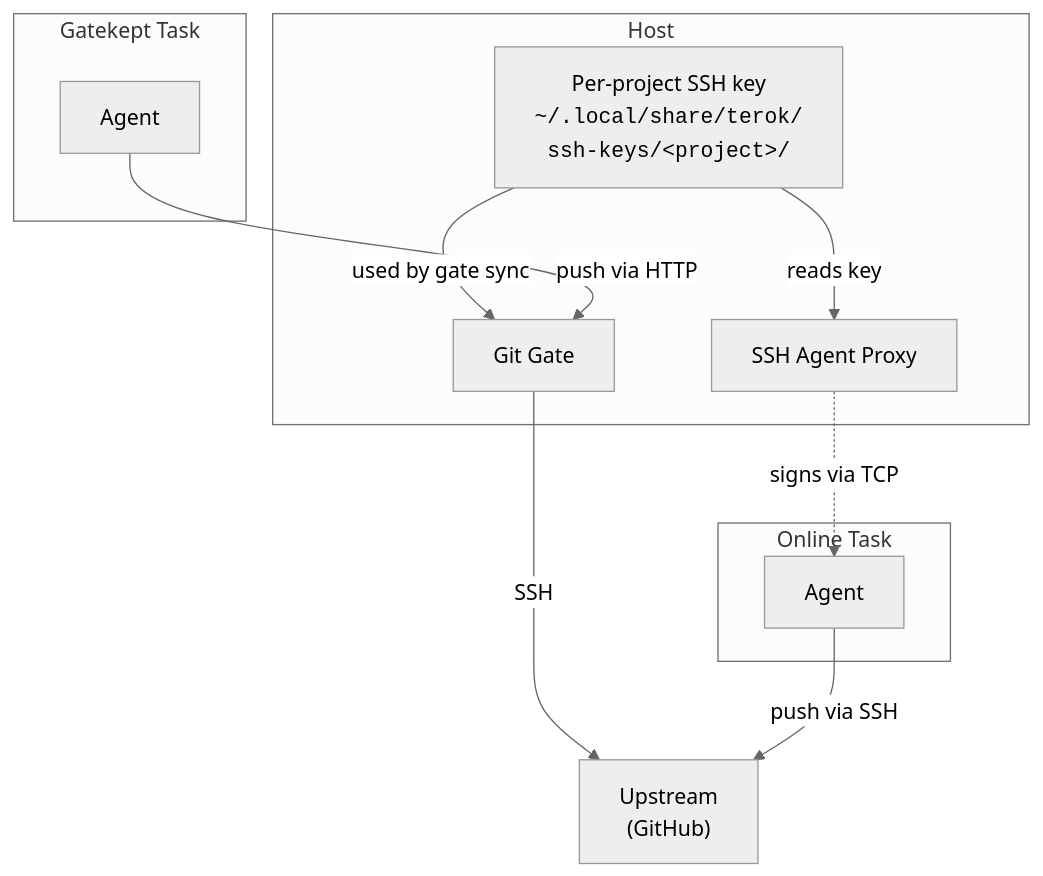
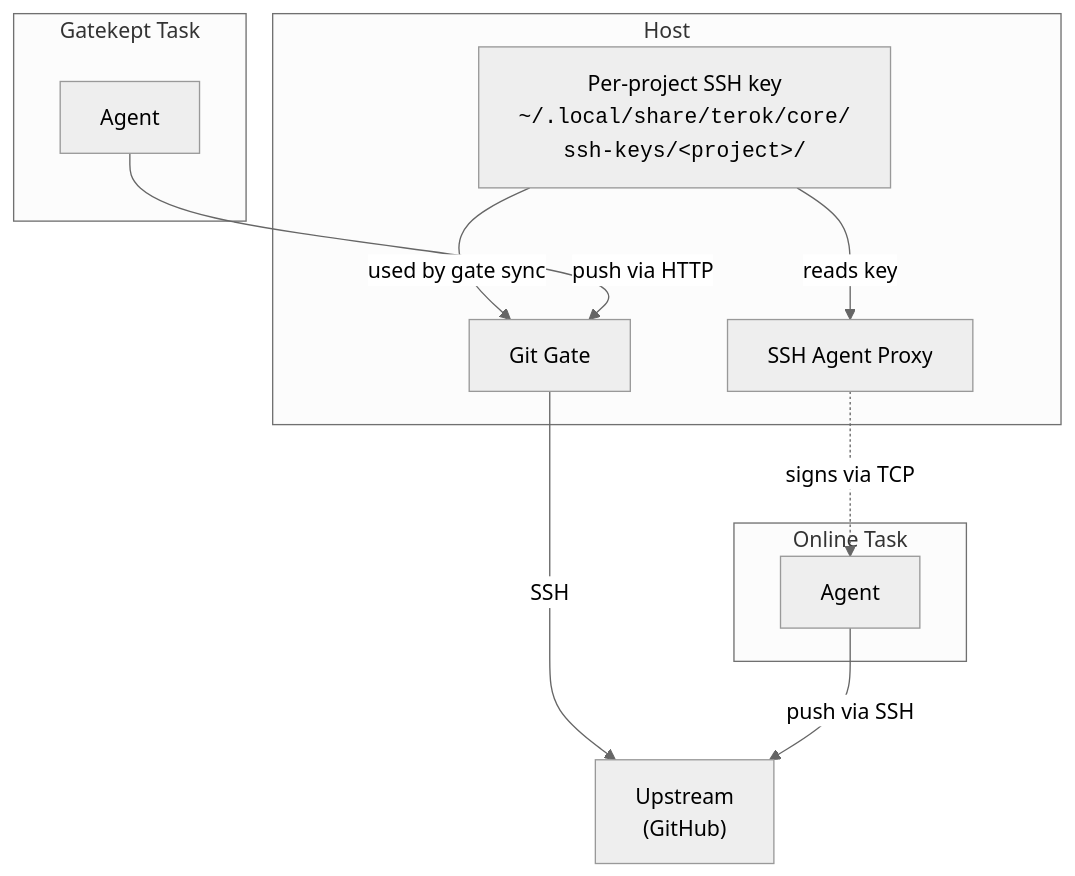
The sixth of 10 diagrams in docs/concepts.md (sliwowitz/terok), drawn with Mermaid (neutral theme) before and after one commit. The commit also changed other lines of this file and 8 other files, not shown here.

````diff
--- a/docs/concepts.md
+++ b/docs/concepts.md
@@ -284,26 +284,26 @@
 ```mermaid
 graph TB
     subgraph HOST ["Host"]
-        SSH["Per-project SSH key<br/><code>~/.local/share/terok/<br/>ssh-keys/&lt;project&gt;/</code>"]
+        SSH["Per-project SSH key<br/><code>~/.local/share/terok/core/<br/>ssh-keys/&lt;project&gt;/</code>"]
         PROXY["SSH Agent Proxy"]
         GATE["Git Gate"]
     end
 
     UPSTREAM["Upstream<br/>(GitHub)"]
 
     subgraph ONLINE ["Online Task"]
         AGENT_ON["Agent"]
     end
 
     subgraph GATEKEPT ["Gatekept Task"]
         AGENT_GK["Agent"]
     end
 
     SSH -- "reads key" --> PROXY
     SSH -- "used by gate sync" --> GATE
     GATE -- "SSH" --> UPSTREAM
     PROXY -. "signs via TCP" .-> AGENT_ON
     AGENT_ON -- "push via SSH" --> UPSTREAM
     AGENT_GK -- "push via HTTP" --> GATE
 
 ```
````
